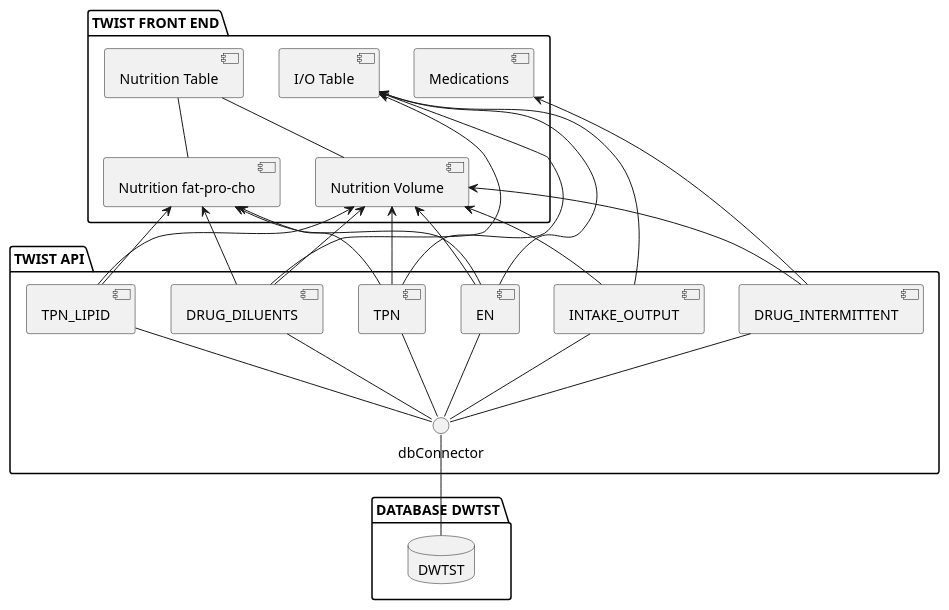
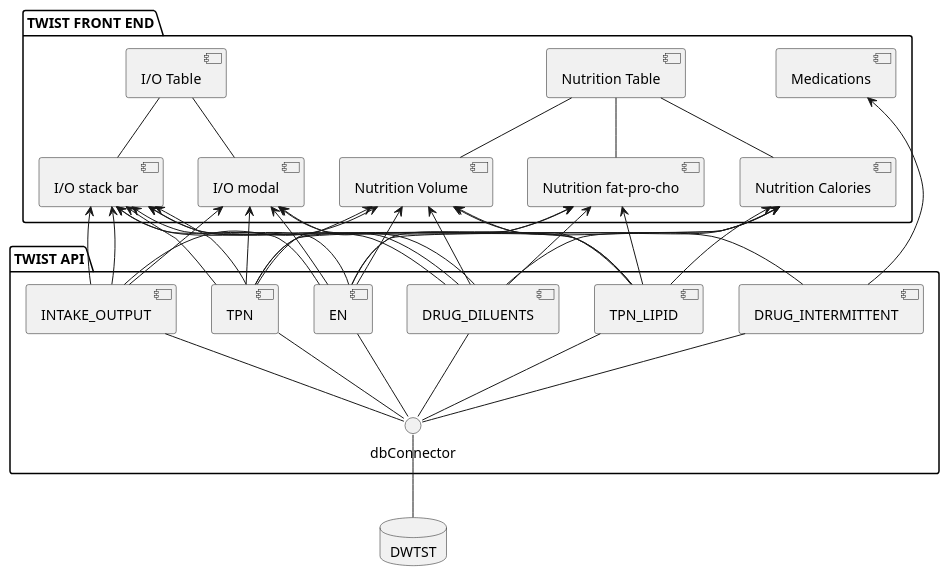
Before and after one commit to TwistTRL/nodejs-twist-api: the diagram in assets/db-api-front.iuml, drawn with PlantUML. The commit also changed 1 other file, not shown here.

```diff
--- a/assets/db-api-front.iuml
+++ b/assets/db-api-front.iuml
@@ -1,41 +1,61 @@
 @startuml db-api-frontend
 package "TWIST FRONT END" {
   [Nutrition Table] -- [Nutrition Volume]
   [Nutrition Table] -- [Nutrition fat-pro-cho]
-  [I/O Table] 
+  [Nutrition Table] -- [Nutrition Calories]
+
+  [I/O Table] -- [I/O stack bar]
+  [I/O Table] -- [I/O modal]
+
   [Medications]
 }
 
 package "TWIST API" {
   [TPN_LIPID] -down- dbConnector
   [EN] -down- dbConnector
   [TPN] -down- dbConnector
   [INTAKE_OUTPUT] -down- dbConnector
   [DRUG_INTERMITTENT] -down- dbConnector
   [DRUG_DILUENTS] -down- dbConnector
 }
 
-package "DATABASE DWTST" {
-  database DWTST
-}
+database DWTST
 
 [Nutrition Volume] <-- [TPN_LIPID]
 [Nutrition Volume] <-- [TPN]
 [Nutrition Volume] <-- [EN]
 [Nutrition Volume] <-- [INTAKE_OUTPUT]
 [Nutrition Volume] <-- [DRUG_INTERMITTENT]
 [Nutrition Volume] <-- [DRUG_DILUENTS]
 
 [Nutrition fat-pro-cho] <-- [TPN_LIPID]
 [Nutrition fat-pro-cho] <-- [TPN]
 [Nutrition fat-pro-cho] <-- [EN]
 [Nutrition fat-pro-cho] <-- [DRUG_DILUENTS]
 
-[I/O Table] <-- [TPN]
-[I/O Table] <-- [EN]
-[I/O Table] <-- [INTAKE_OUTPUT]
-[I/O Table] <-- [DRUG_DILUENTS]
+[Nutrition Calories] <-- [TPN_LIPID]
+[Nutrition Calories] <-- [TPN]
+[Nutrition Calories] <-- [EN]
+[Nutrition Calories] <-- [DRUG_DILUENTS]
+
+[I/O stack bar] <-- [TPN]
+[I/O stack bar] <-- [TPN_LIPID]
+[I/O stack bar] <-- [EN]
+[I/O stack bar] <-- [INTAKE_OUTPUT]
+[I/O stack bar] <-- [DRUG_DILUENTS]
+
+[I/O modal] <-- [TPN]
+[I/O modal] <-- [TPN_LIPID]
+[I/O modal] <-- [EN]
+[I/O modal] <-- [INTAKE_OUTPUT]
+[I/O modal] <-- [DRUG_DILUENTS]
+
+[I/O stack bar] <-- [TPN]
+[I/O stack bar] <-- [EN]
+[I/O stack bar] <-- [INTAKE_OUTPUT]
+[I/O stack bar] <-- [DRUG_DILUENTS]
+
 [Medications] <-- [DRUG_INTERMITTENT]
 
 DWTST -up- dbConnector
 @enduml
```
